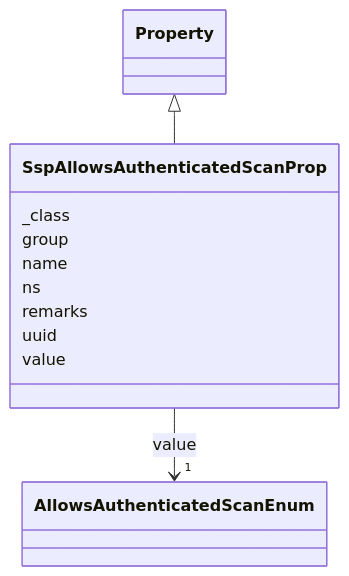
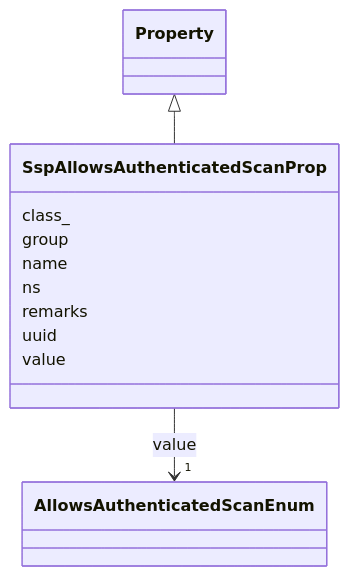
Before and after one commit to lmodel/oscal: the diagram in project/mermaid/SspAllowsAuthenticatedScanProp.md, drawn with Mermaid. The commit also changed 434 other files, not shown here.

Commit message:
fix(schema): stamp the modules for 1.2.3 and regenerate extended outputs

````diff
--- a/project/mermaid/SspAllowsAuthenticatedScanProp.md
+++ b/project/mermaid/SspAllowsAuthenticatedScanProp.md
@@ -4,32 +4,32 @@
 ```mermaid
  classDiagram
     class SspAllowsAuthenticatedScanProp
     click SspAllowsAuthenticatedScanProp href "../SspAllowsAuthenticatedScanProp"
       Property <|-- SspAllowsAuthenticatedScanProp
         click Property href "../Property"
       
-      SspAllowsAuthenticatedScanProp : _class
+      SspAllowsAuthenticatedScanProp : class_
         
       SspAllowsAuthenticatedScanProp : group
         
       SspAllowsAuthenticatedScanProp : name
         
       SspAllowsAuthenticatedScanProp : ns
         
       SspAllowsAuthenticatedScanProp : remarks
         
       SspAllowsAuthenticatedScanProp : uuid
         
       SspAllowsAuthenticatedScanProp : value
         
           
     
         
         
         SspAllowsAuthenticatedScanProp --> "1" AllowsAuthenticatedScanEnum : value
         click AllowsAuthenticatedScanEnum href "../AllowsAuthenticatedScanEnum"
     
 
         
       
 ```
````
